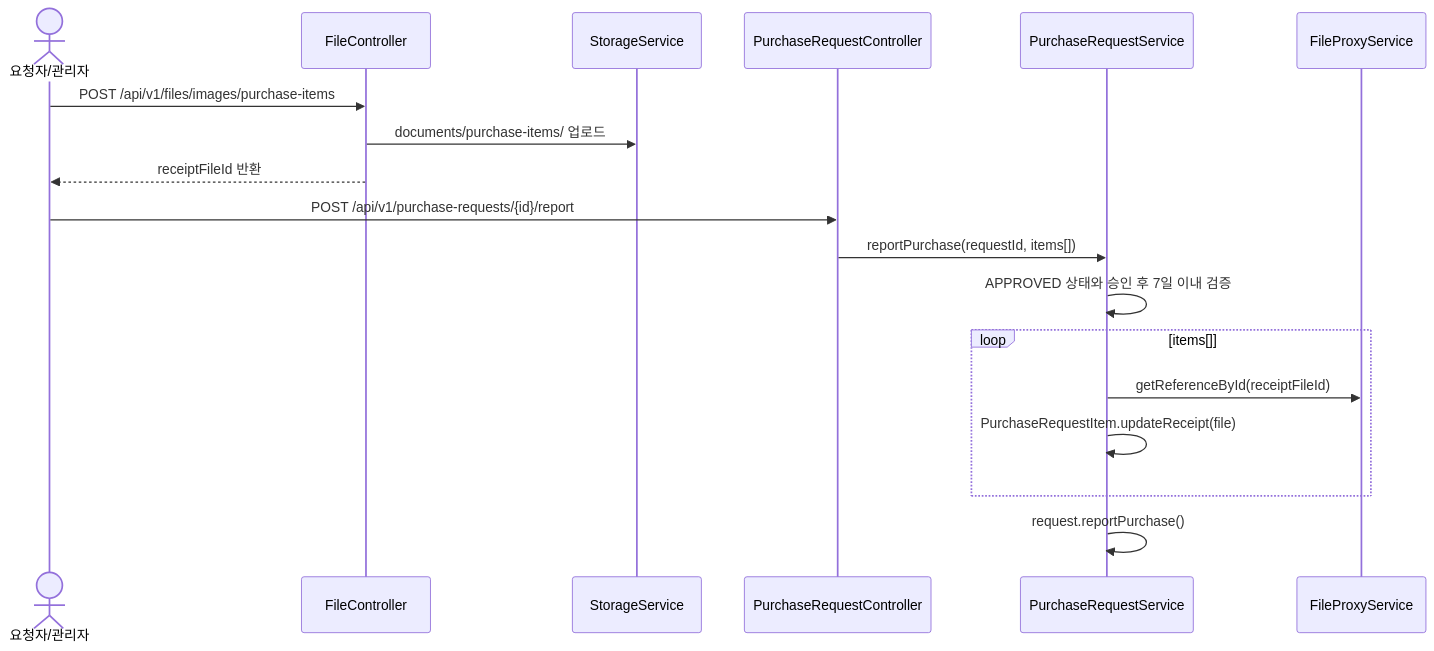
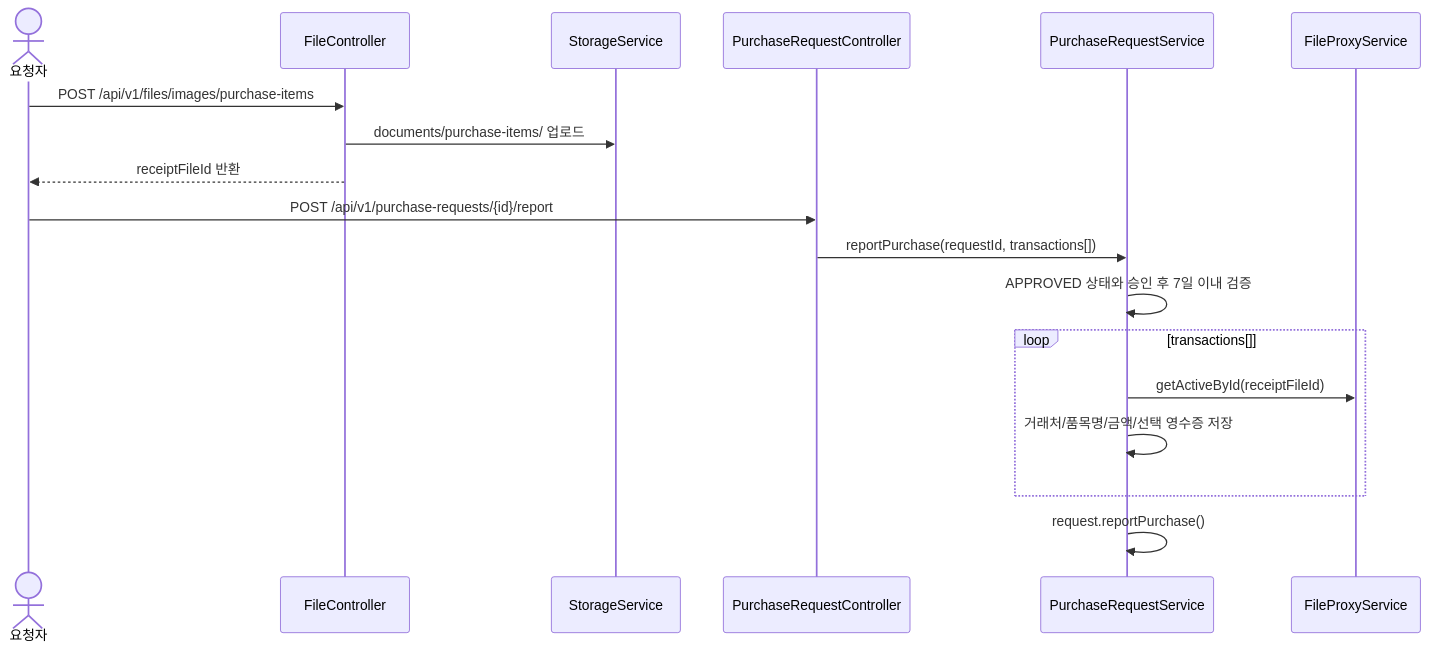
Before and after one commit to Geumjeongyahak/Backend: the second of 3 diagrams in docs/api/PurchaseRequests.md, drawn with Mermaid. The commit also changed other lines of this file and 1 other file, not shown here.

Commit message:
docs(request): 구매 완료 거래 결재 차감 흐름 문서화

````diff
--- a/docs/api/PurchaseRequests.md
+++ b/docs/api/PurchaseRequests.md
@@ -90,21 +84,21 @@
 ```mermaid
 sequenceDiagram
-    actor User as 요청자/관리자
+    actor User as 요청자
     participant FileAPI as FileController
     participant Storage as StorageService
     participant PRAPI as PurchaseRequestController
     participant PR as PurchaseRequestService
     participant FileProxy as FileProxyService
 
     User->>FileAPI: POST /api/v1/files/images/purchase-items
     FileAPI->>Storage: documents/purchase-items/ 업로드
     FileAPI-->>User: receiptFileId 반환
     User->>PRAPI: POST /api/v1/purchase-requests/{id}/report
-    PRAPI->>PR: reportPurchase(requestId, items[])
+    PRAPI->>PR: reportPurchase(requestId, transactions[])
     PR->>PR: APPROVED 상태와 승인 후 7일 이내 검증
-    loop items[]
-        PR->>FileProxy: getReferenceById(receiptFileId)
-        PR->>PR: PurchaseRequestItem.updateReceipt(file)
+    loop transactions[]
+        PR->>FileProxy: getActiveById(receiptFileId)
+        PR->>PR: 거래처/품목명/금액/선택 영수증 저장
     end
     PR->>PR: request.reportPurchase()
 ```
````
